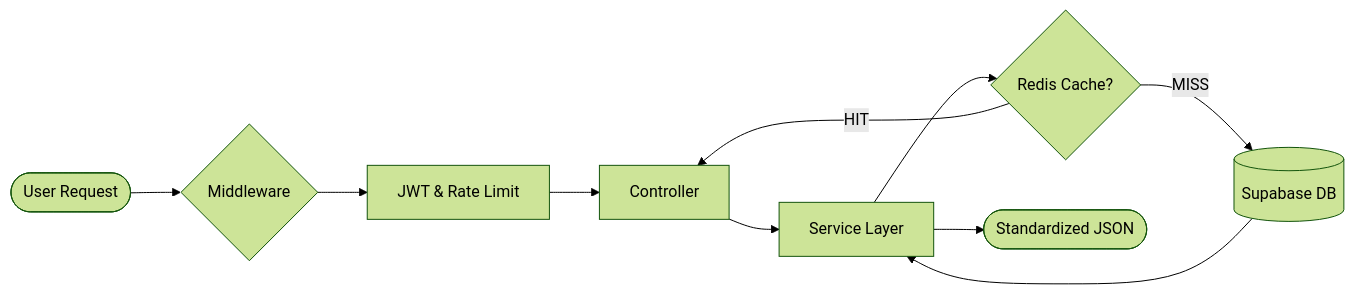
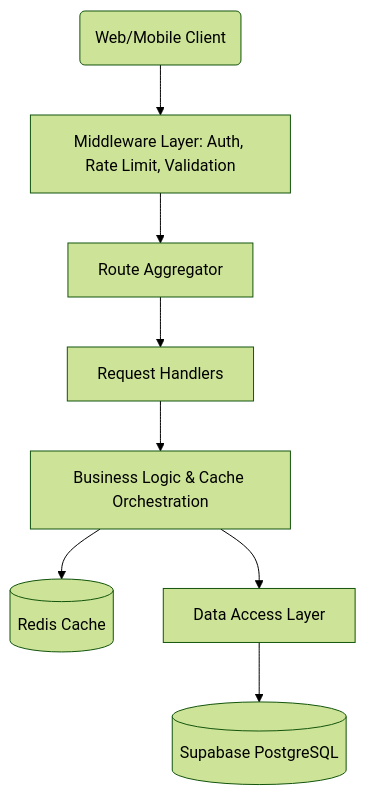
The diagram in README.md (vkmnamit/anime_verse_backend), drawn with Mermaid (forest theme) before and after one commit. The commit also changed other lines of this file, not shown here.

````diff
--- a/README.md
+++ b/README.md
@@ -50,12 +216,10 @@
 ```mermaid
-graph LR
-    User([User Request]) --> Gate{Middleware}
-    Gate --> Auth[JWT & Rate Limit]
-    Auth --> Controller[Controller]
-    Controller --> Service[Service Layer]
-    Service --> Cache{Redis Cache?}
-    Cache -- HIT --> Controller
-    Cache -- MISS --> DB[(Supabase DB)]
-    DB --> Service
-    Service --> Response([Standardized JSON])
+graph TD
+    Client(Web/Mobile Client) --> Middleware[Middleware Layer: Auth, Rate Limit, Validation]
+    Middleware --> Routes[Route Aggregator]
+    Routes --> Controllers[Request Handlers]
+    Controllers --> Services[Business Logic & Cache Orchestration]
+    Services --> Cache[(Redis Cache)]
+    Services --> Repositories[Data Access Layer]
+    Repositories --> DB[(Supabase PostgreSQL)]
 ```
````
